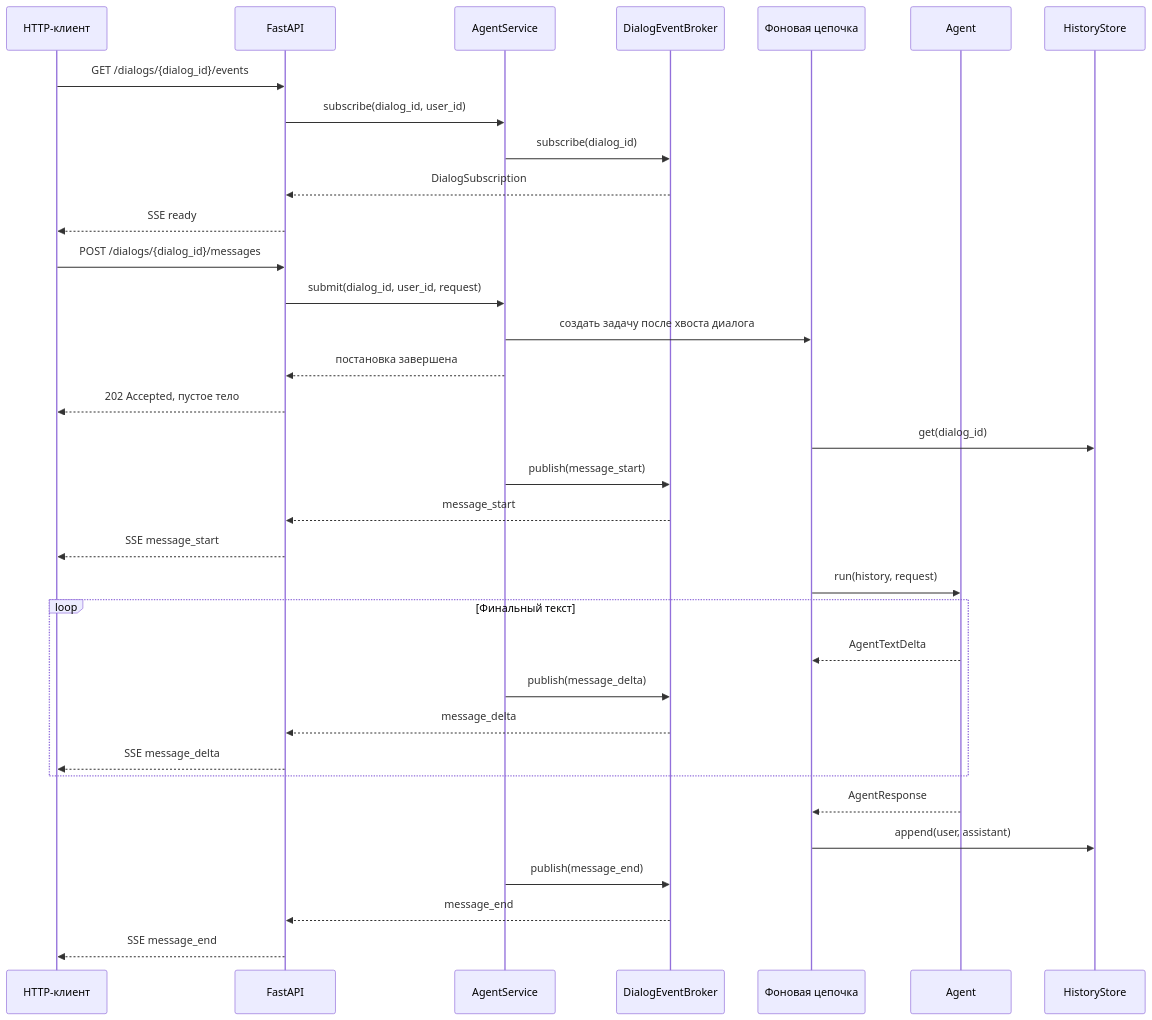
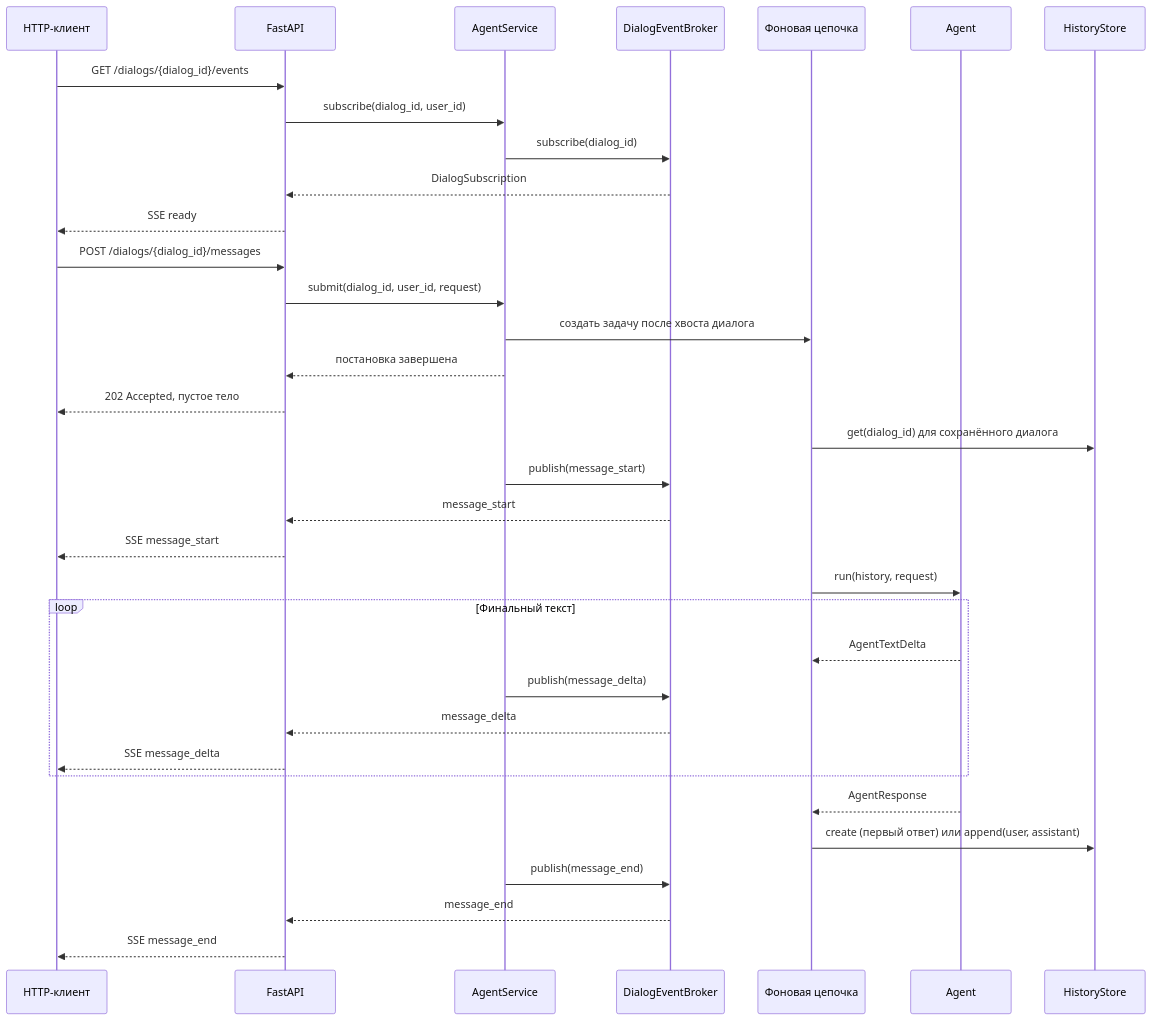
One commit to Nisakoo/BMSTU-NIRS changed the second of 3 diagrams in docs/dialogs.md. Above: the diagram before and after it, drawn with Mermaid. The commit also changed other lines of this file and 37 other files, not shown here.

First line of the commit message:
feat(dialogs): persist dialog history in PostgreSQL

````diff
--- a/docs/dialogs.md
+++ b/docs/dialogs.md
@@ -102,37 +188,37 @@
 ```mermaid
 sequenceDiagram
     participant Client as HTTP-клиент
     participant API as FastAPI
     participant Service as AgentService
     participant Broker as DialogEventBroker
     participant Task as Фоновая цепочка
     participant Agent
     participant History as HistoryStore
 
     Client->>API: GET /dialogs/{dialog_id}/events
     API->>Service: subscribe(dialog_id, user_id)
     Service->>Broker: subscribe(dialog_id)
     Broker-->>API: DialogSubscription
     API-->>Client: SSE ready
     Client->>API: POST /dialogs/{dialog_id}/messages
     API->>Service: submit(dialog_id, user_id, request)
     Service->>Task: создать задачу после хвоста диалога
     Service-->>API: постановка завершена
     API-->>Client: 202 Accepted, пустое тело
-    Task->>History: get(dialog_id)
+    Task->>History: get(dialog_id) для сохранённого диалога
     Service->>Broker: publish(message_start)
     Broker-->>API: message_start
     API-->>Client: SSE message_start
     Task->>Agent: run(history, request)
     loop Финальный текст
         Agent-->>Task: AgentTextDelta
         Service->>Broker: publish(message_delta)
         Broker-->>API: message_delta
         API-->>Client: SSE message_delta
     end
     Agent-->>Task: AgentResponse
-    Task->>History: append(user, assistant)
+    Task->>History: create (первый ответ) или append(user, assistant)
     Service->>Broker: publish(message_end)
     Broker-->>API: message_end
     API-->>Client: SSE message_end
 ```
````
